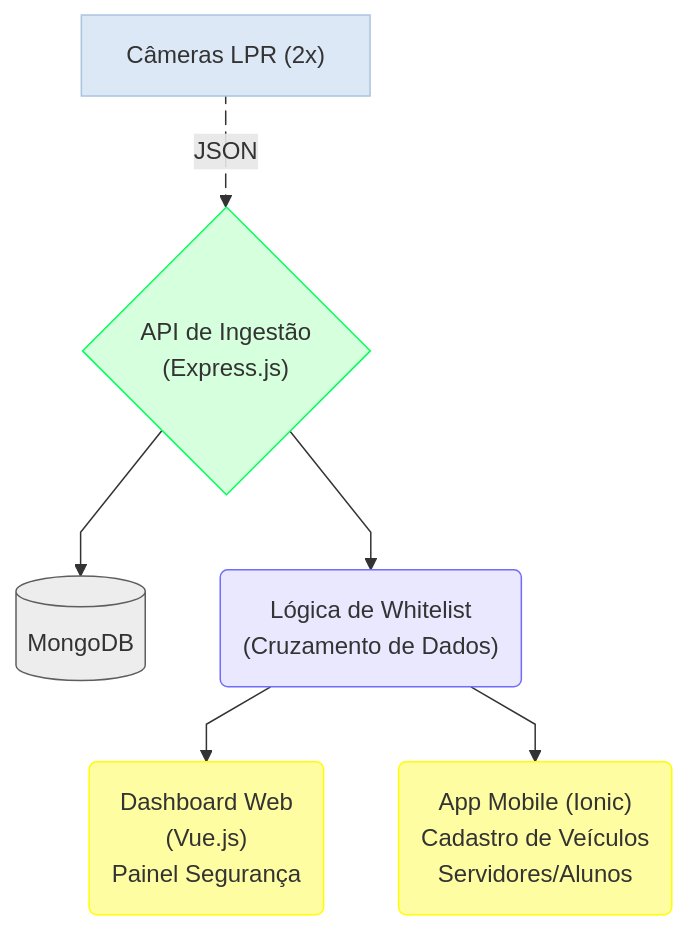
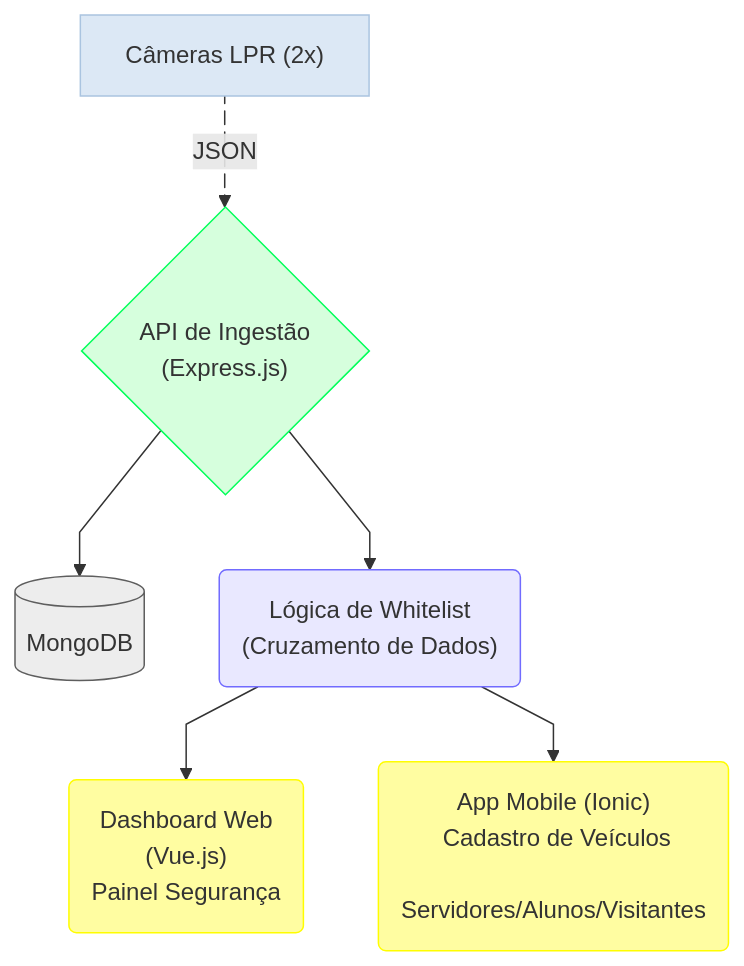
Before and after one commit to alberthydev/carcara-sentinela: the first of 3 diagrams in README.md, drawn with Mermaid.

Commit message:
Update README to include 'Visitantes' in mobile app

````diff
--- a/README.md
+++ b/README.md
@@ -61,20 +61,20 @@
 ```mermaid
 flowchart TD
     A["Câmeras LPR (2x)"] e1@-->|JSON| B{"API de Ingestão \n(Express.js)"}
     e1@{ animate: true, curve: linear }
     B e2@--> C[(MongoDB)]
     B e3@--> D("Lógica de Whitelist \n(Cruzamento de Dados)")
     D e4@--> E("Dashboard Web \n(Vue.js)\nPainel Segurança")
-    D e5@--> F("App Mobile (Ionic)\n Cadastro de Veículos\n Servidores/Alunos")
+    D e5@--> F("App Mobile (Ionic)\n Cadastro de Veículos\n Servidores/Alunos/Visitantes")
     e2@{ curve: linear }
     e3@{ curve: linear }
     e4@{ curve: linear }
     e5@{ curve: linear }
     
     style A fill:#dce8f5,stroke:#aac4e0
     style B fill:#D6FFDD,stroke:#00FF59
     style C fill:#EDEDED,stroke:#5E5E5E
     style D fill:#E9E8FF,stroke:#716BFF
     style E fill:#FFFDA1,stroke:#FFFD00
     style F fill:#FFFDA1,stroke:#FFFD00
 ```
````
